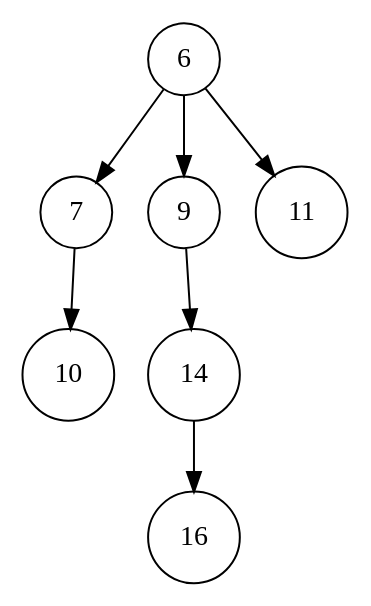
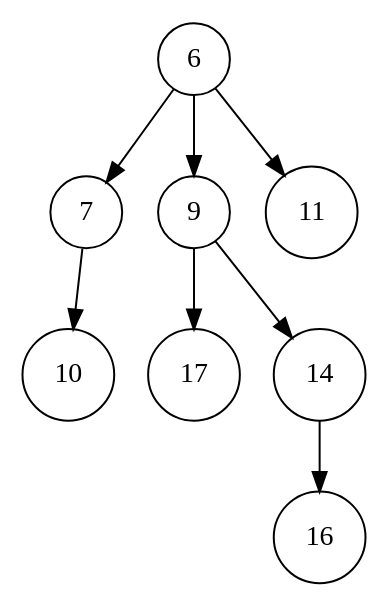
One commit to liuxinyu95/AlgoXY changed the diagram in datastruct/heap/other-heaps/img/right-merge-2.dot. Above: the diagram before and after it, drawn with Graphviz. The commit also changed 5 other files, not shown here.

Commit message:
Fixed error's in pairing heap figure

```diff
--- a/datastruct/heap/other-heaps/img/right-merge-2.dot
+++ b/datastruct/heap/other-heaps/img/right-merge-2.dot
@@ -1,18 +1,20 @@
 digraph G{
-	margin="0"
 	node[shape=circle]
 	t6[label="6"];
 	t67[label="7"];
 	t6710[label="10"];
 	t67->t6710;
 	t69[label="9"];
+	t6917[label="17"];
 	t6914[label="14"];
 	t691416[label="16"];
 	t6914->t691416;
+	{rank=same t6917->t6914[style=invis]}
+	t69->t6917;
 	t69->t6914;
 	t611[label="11"];
 	{rank=same t67->t69->t611[style=invis]}
 	t6->t67;
 	t6->t69;
 	t6->t611;
 }
```
